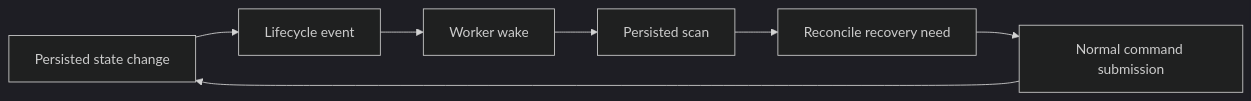
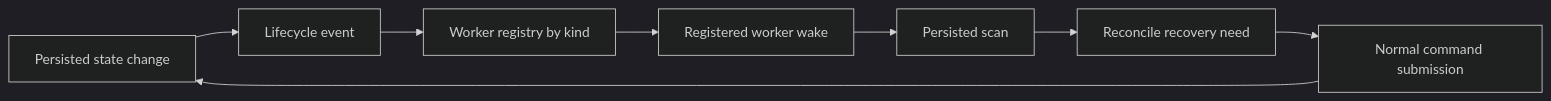
The diagram in docs/architecture/recovery-lifecycle-workers.md (EdbertChan/Invoker), drawn with Mermaid (dark theme) before and after one commit. The commit also changed other lines of this file and 1 other file, not shown here.

First line of the commit message:
[Recovery Lifecycle 2i Step 5: Registry guard, docs, full regression](2) Update the recovery worker docs (#4287)

````diff
--- a/docs/architecture/recovery-lifecycle-workers.md
+++ b/docs/architecture/recovery-lifecycle-workers.md
@@ -32,9 +33,10 @@
 ```mermaid
 flowchart LR
   PersistedChange[Persisted state change] --> Event[Lifecycle event]
-  Event --> Worker[Worker wake]
+  Event --> Registry[Worker registry by kind]
+  Registry --> Worker[Registered worker wake]
   Worker --> Scan[Persisted scan]
   Scan --> Decision[Reconcile recovery need]
   Decision --> Command[Normal command submission]
   Command --> PersistedChange
 ```
````
